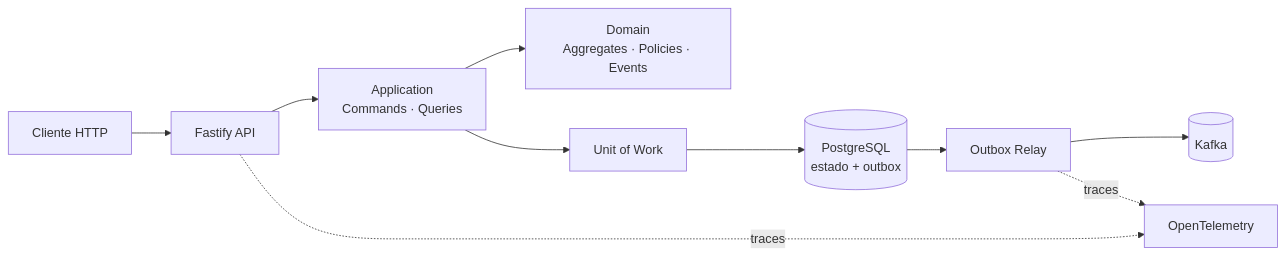
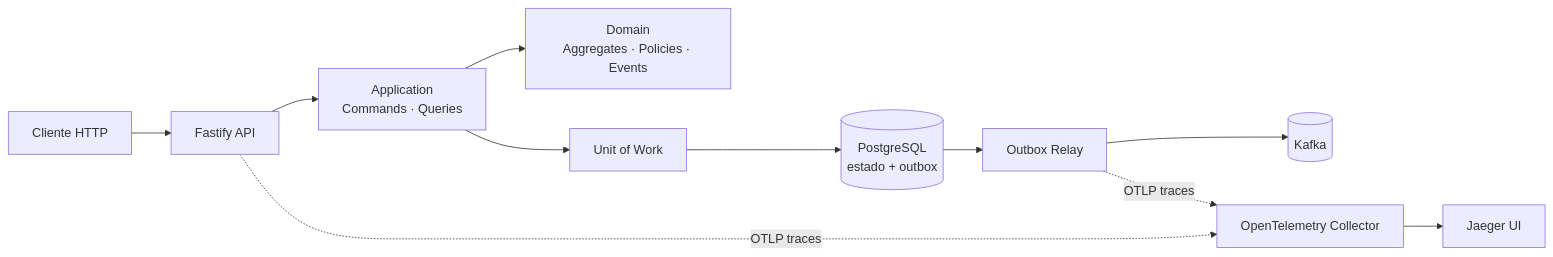
Before and after one commit to MauricioGomes02/servir: the first of 2 diagrams in README.md, drawn with Mermaid. The commit also changed other lines of this file and 15 other files, not shown here.

First line of the commit message:
feat(observability): add local trace visualization with Collector and Jaeger

````diff
--- a/README.md
+++ b/README.md
@@ -32,12 +32,13 @@
 ```mermaid
 flowchart LR
     Client[Cliente HTTP] --> API[Fastify API]
     API --> APP[Application<br/>Commands · Queries]
     APP --> DOMAIN[Domain<br/>Aggregates · Policies · Events]
     APP --> UOW[Unit of Work]
     UOW --> PG[(PostgreSQL<br/>estado + outbox)]
     PG --> RELAY[Outbox Relay]
     RELAY --> KAFKA[(Kafka)]
-    API -. traces .-> OTEL[OpenTelemetry]
-    RELAY -. traces .-> OTEL
+    API -. OTLP traces .-> OTEL[OpenTelemetry Collector]
+    RELAY -. OTLP traces .-> OTEL
+    OTEL --> JAEGER[Jaeger UI]
 ```
````
